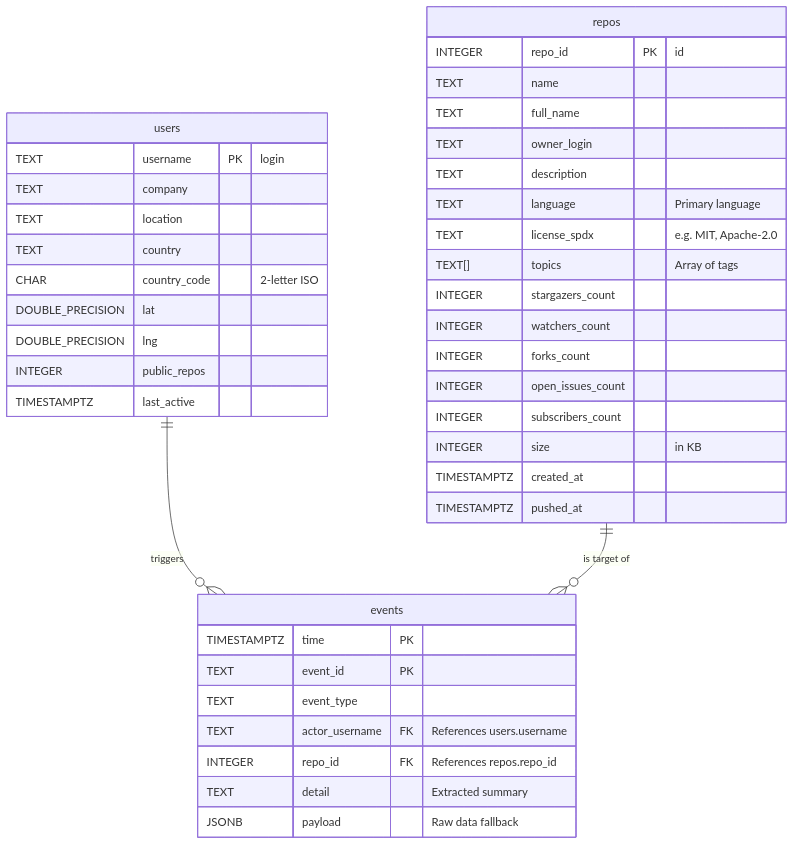
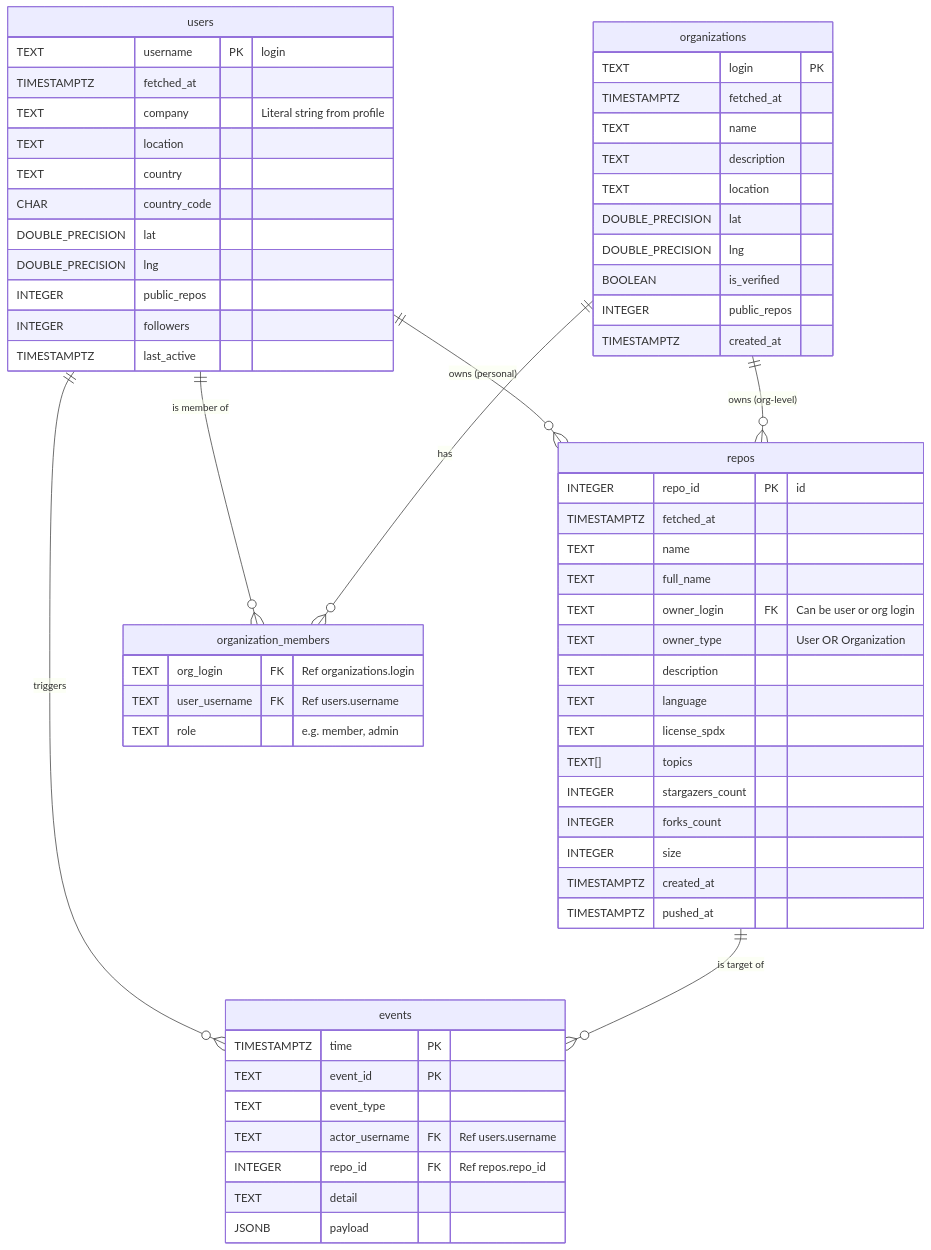
Before and after one commit to BDP26/pm4-github-insights: the diagram in db/erd.mermaid, drawn with Mermaid.

```diff
--- a/db/erd.mermaid
+++ b/db/erd.mermaid
@@ -1,44 +1,69 @@
 erDiagram
     users ||--o{ events : "triggers"
+    users ||--o{ repos : "owns (personal)"
+    organizations ||--o{ repos : "owns (org-level)"
     repos ||--o{ events : "is target of"
+
+    users ||--o{ organization_members : "is member of"
+    organizations ||--o{ organization_members : "has"
 
     users {
         TEXT username PK "login"
-        TEXT company
+        TIMESTAMPTZ fetched_at
+        TEXT company "Literal string from profile"
         TEXT location
         TEXT country
-        CHAR country_code "2-letter ISO"
+        CHAR country_code
         DOUBLE_PRECISION lat
         DOUBLE_PRECISION lng
         INTEGER public_repos
+        INTEGER followers
         TIMESTAMPTZ last_active
+    }
+
+    organizations {
+        TEXT login PK
+        TIMESTAMPTZ fetched_at
+        TEXT name
+        TEXT description
+        TEXT location
+        DOUBLE_PRECISION lat
+        DOUBLE_PRECISION lng
+        BOOLEAN is_verified
+        INTEGER public_repos
+        TIMESTAMPTZ created_at
+    }
+
+    organization_members {
+        TEXT org_login FK "Ref organizations.login"
+        TEXT user_username FK "Ref users.username"
+        TEXT role "e.g. member, admin"
     }
 
     repos {
         INTEGER repo_id PK "id"
+        TIMESTAMPTZ fetched_at
         TEXT name
         TEXT full_name
-        TEXT owner_login
+        TEXT owner_login FK "Can be user or org login"
+        TEXT owner_type "User OR Organization"
         TEXT description
-        TEXT language "Primary language"
-        TEXT license_spdx "e.g. MIT, Apache-2.0"
-        TEXT[] topics "Array of tags"
+        TEXT language
+        TEXT license_spdx
+        TEXT[] topics
         INTEGER stargazers_count
-        INTEGER watchers_count
         INTEGER forks_count
-        INTEGER open_issues_count
-        INTEGER subscribers_count
-        INTEGER size "in KB"
+        INTEGER size
         TIMESTAMPTZ created_at
         TIMESTAMPTZ pushed_at
     }
 
     events {
         TIMESTAMPTZ time PK
         TEXT event_id PK
         TEXT event_type
-        TEXT actor_username FK "References users.username"
-        INTEGER repo_id FK "References repos.repo_id"
-        TEXT detail "Extracted summary"
-        JSONB payload "Raw data fallback"
+        TEXT actor_username FK "Ref users.username"
+        INTEGER repo_id FK "Ref repos.repo_id"
+        TEXT detail
+        JSONB payload
     }
```
